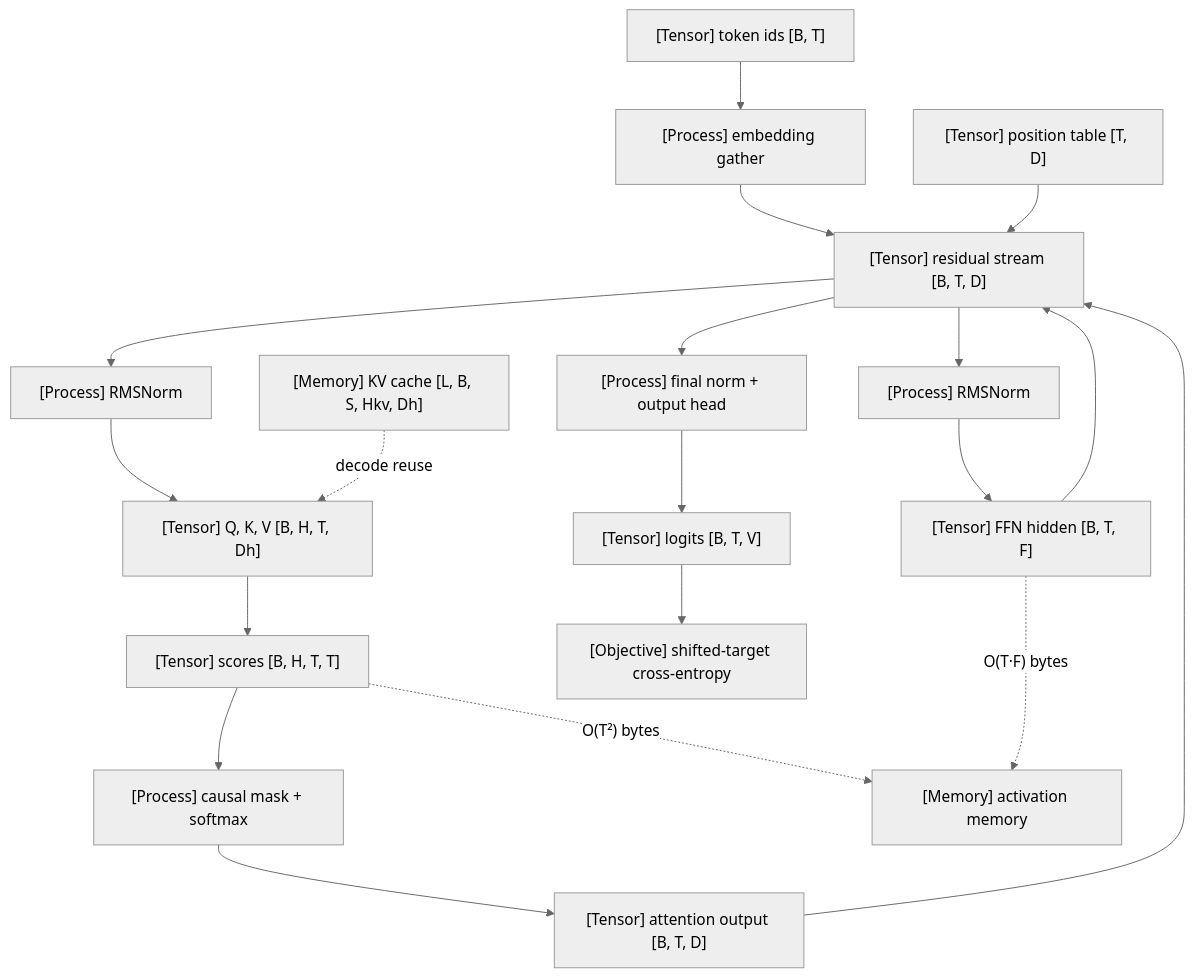
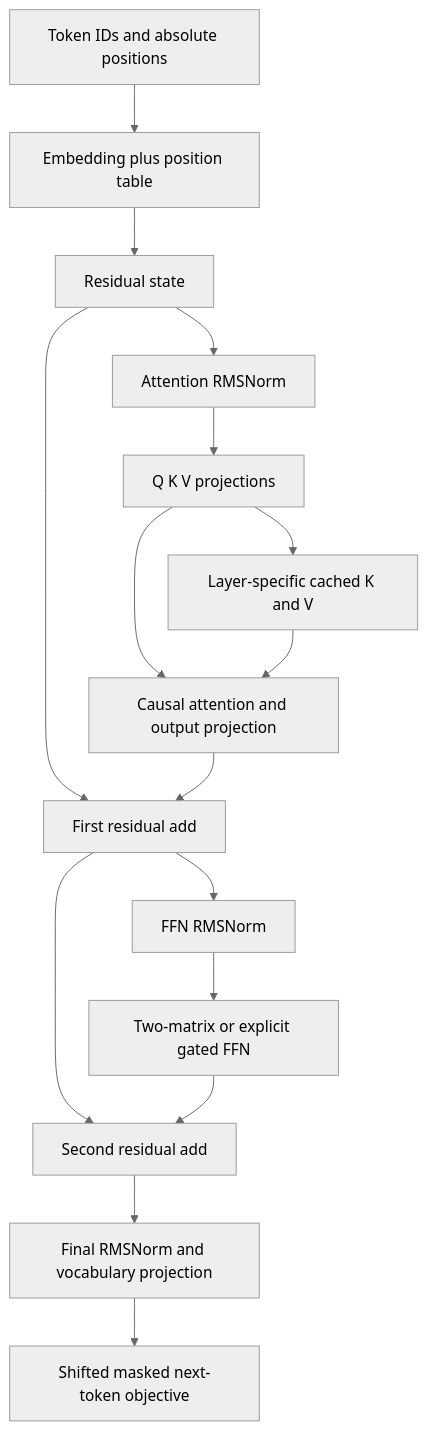
Before and after one commit to neuralatlasai/The_Model_Stack: the diagram in docs/vol-01-learning-and-representation/part-01-scientific-foundations/ch05-minimal-transformer-and-execution-trace/README.md, drawn with Mermaid (neutral theme). The commit also changed other lines of this file and 138 other files, not shown here.

````diff
--- a/docs/vol-01-learning-and-representation/part-01-scientific-foundations/ch05-minimal-transformer-and-execution-trace/README.md
+++ b/docs/vol-01-learning-and-representation/part-01-scientific-foundations/ch05-minimal-transformer-and-execution-trace/README.md
@@ -109,21 +103,18 @@
 ```mermaid
 flowchart TD
-    A["[Tensor] token ids [B, T]"] --> B["[Process] embedding gather"]
-    B --> C["[Tensor] residual stream [B, T, D]"]
-    P["[Tensor] position table [T, D]"] --> C
-    C --> N1["[Process] RMSNorm"]
-    N1 --> Q["[Tensor] Q, K, V [B, H, T, Dh]"]
-    Q --> S["[Tensor] scores [B, H, T, T]"]
-    S --> M["[Process] causal mask + softmax"]
-    M --> O["[Tensor] attention output [B, T, D]"]
-    O --> C
-    C --> N2["[Process] RMSNorm"]
-    N2 --> F["[Tensor] FFN hidden [B, T, F]"]
-    F --> C
-    C --> H["[Process] final norm + output head"]
-    H --> L["[Tensor] logits [B, T, V]"]
-    L --> J["[Objective] shifted-target cross-entropy"]
-    K["[Memory] KV cache [L, B, S, Hkv, Dh]"] -. "decode reuse" .-> Q
-    S -. "O(T²) bytes" .-> MEM["[Memory] activation memory"]
-    F -. "O(T·F) bytes" .-> MEM
+    X[Token IDs and absolute positions] --> E[Embedding plus position table]
+    E --> H[Residual state]
+    H --> N1[Attention RMSNorm]
+    N1 --> Q[Q K V projections]
+    Q --> A[Causal attention and output projection]
+    H --> ADD1[First residual add]
+    A --> ADD1
+    ADD1 --> N2[FFN RMSNorm]
+    N2 --> F[Two-matrix or explicit gated FFN]
+    ADD1 --> ADD2[Second residual add]
+    F --> ADD2
+    ADD2 --> FINAL[Final RMSNorm and vocabulary projection]
+    FINAL --> LOSS[Shifted masked next-token objective]
+    Q --> CACHE[Layer-specific cached K and V]
+    CACHE --> A
 ```
````
